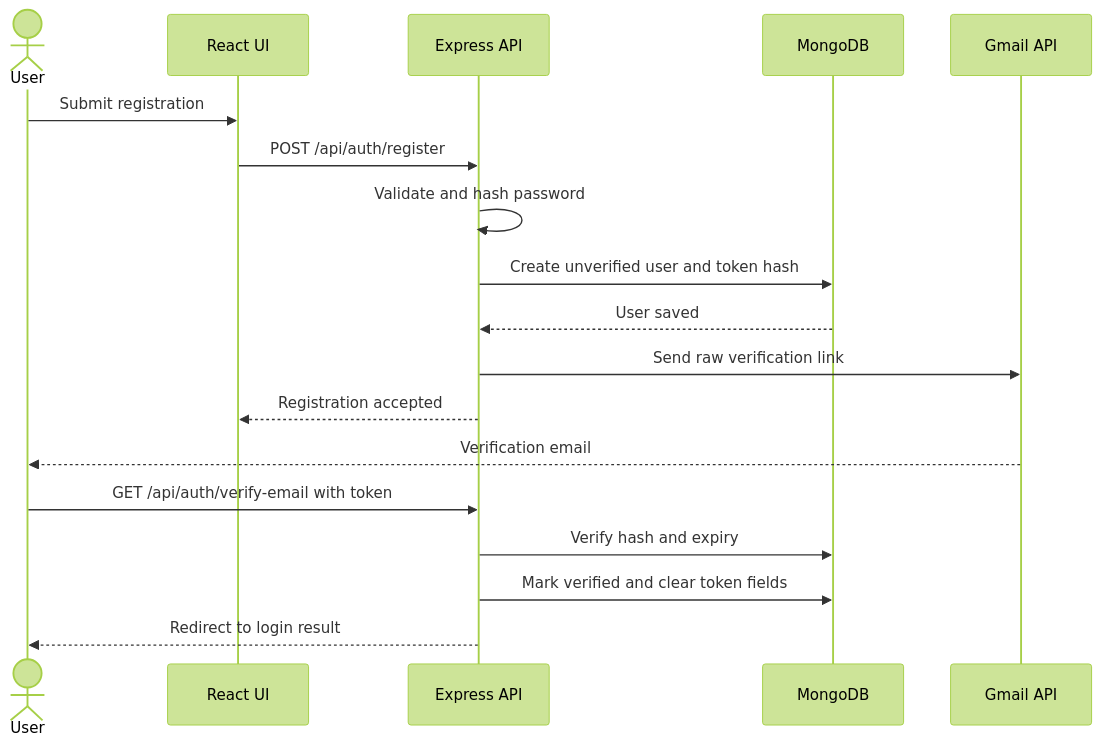
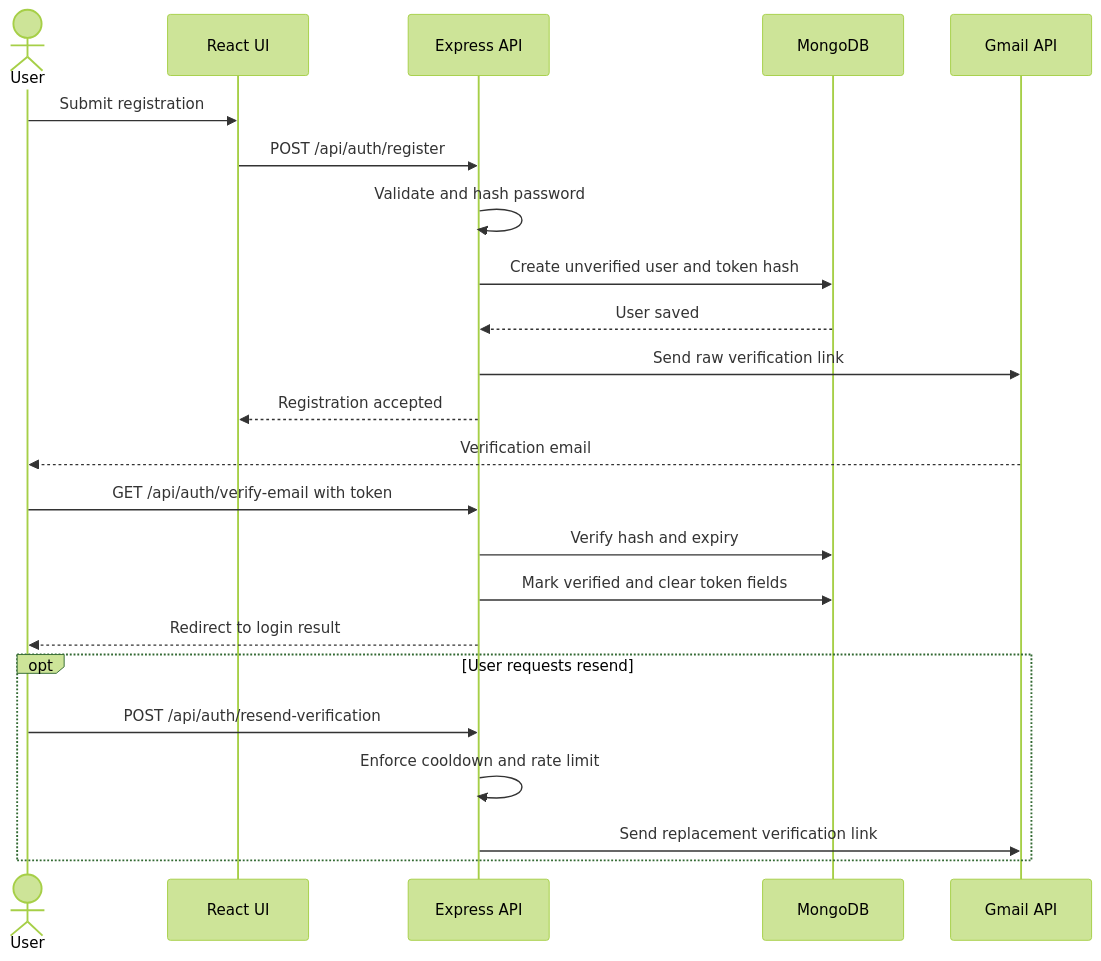
One commit to Saurav11343/click-chat changed diagram 13 of 26 in docs/10-diagram-catalog.md. Above: the diagram before and after it, drawn with Mermaid (forest theme). The commit also changed other lines of this file and 11 other files, not shown here.

Commit message:
update diagrams

````diff
--- a/docs/10-diagram-catalog.md
+++ b/docs/10-diagram-catalog.md
@@ -421,21 +506,26 @@
 ```mermaid
 sequenceDiagram
     actor User
     participant UI as React UI
     participant API as Express API
     participant DB as MongoDB
     participant Mail as Gmail API
 
     User->>UI: Submit registration
     UI->>API: POST /api/auth/register
     API->>API: Validate and hash password
     API->>DB: Create unverified user and token hash
     DB-->>API: User saved
     API->>Mail: Send raw verification link
     API-->>UI: Registration accepted
     Mail-->>User: Verification email
     User->>API: GET /api/auth/verify-email with token
     API->>DB: Verify hash and expiry
     API->>DB: Mark verified and clear token fields
     API-->>User: Redirect to login result
+    opt User requests resend
+      User->>API: POST /api/auth/resend-verification
+      API->>API: Enforce cooldown and rate limit
+      API->>Mail: Send replacement verification link
+    end
 ```
````
